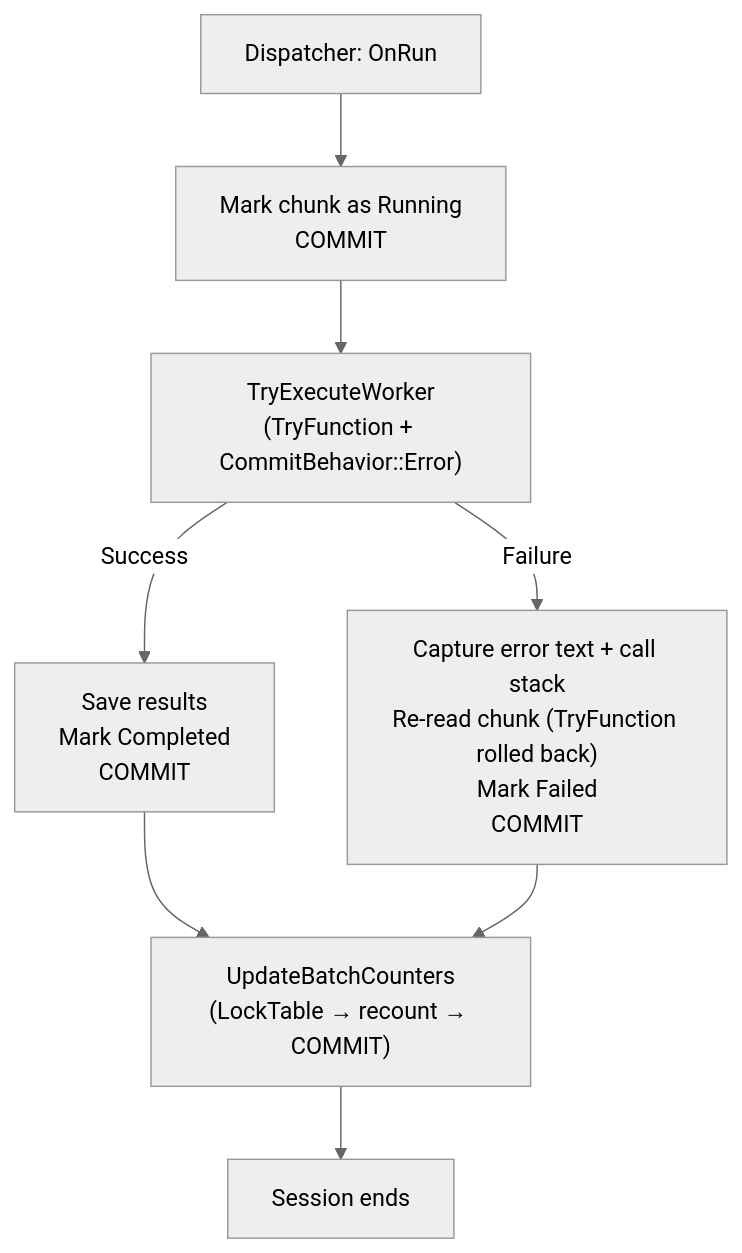
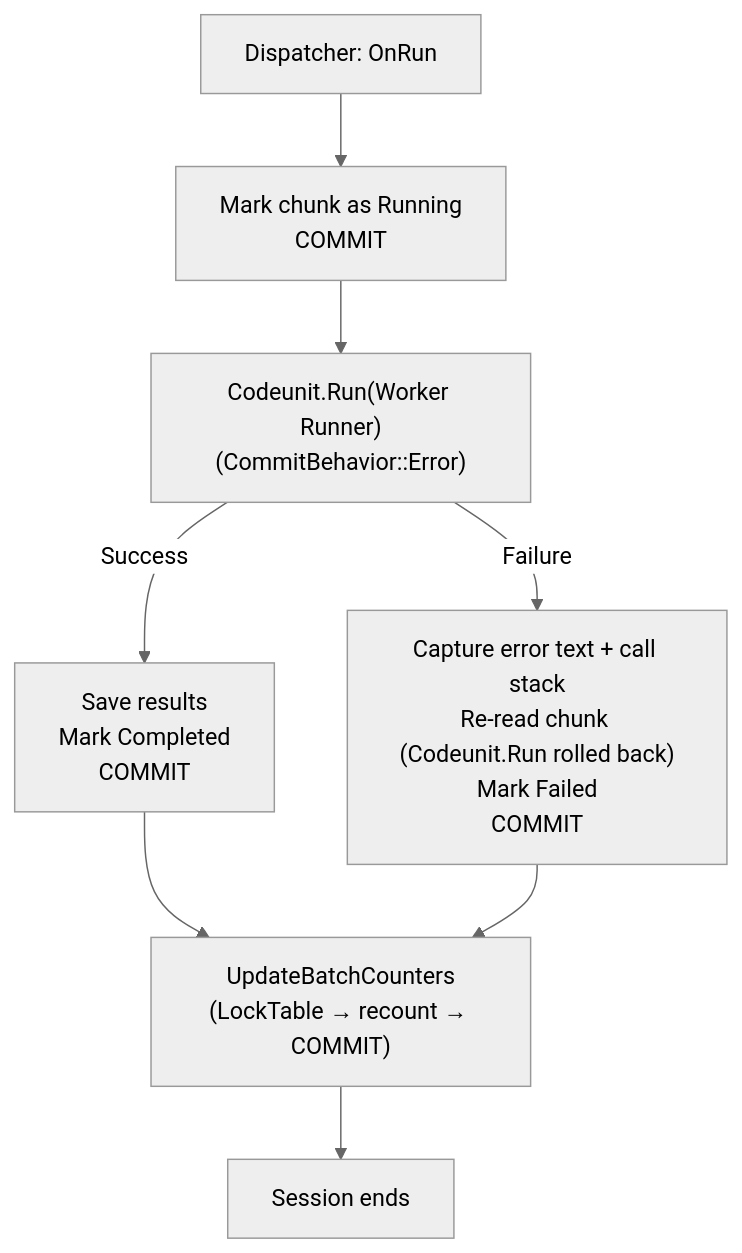
The third of 3 diagrams in README.md (Drakonian/parallel-worker-bc), drawn with Mermaid (neutral theme) before and after one commit. The commit also changed other lines of this file and 6 other files, not shown here.

Commit message:
Fix sleep before first poll check Fix possible crash on missing batch Fix typo with cardPageId Rename GeteEndIndex to more clear name GetChunkSize Re-read record on error branch Remove history file Update readme

````diff
--- a/README.md
+++ b/README.md
@@ -382,10 +382,10 @@
 ```mermaid
 flowchart TD
     Start["Dispatcher: OnRun"] --> Claim["Mark chunk as Running<br/>COMMIT"]
-    Claim --> Try["TryExecuteWorker<br/>(TryFunction + CommitBehavior::Error)"]
+    Claim --> Try["Codeunit.Run(Worker Runner)<br/>(CommitBehavior::Error)"]
     Try -->|Success| Save["Save results<br/>Mark Completed<br/>COMMIT"]
-    Try -->|Failure| Capture["Capture error text + call stack<br/>Re-read chunk (TryFunction rolled back)<br/>Mark Failed<br/>COMMIT"]
+    Try -->|Failure| Capture["Capture error text + call stack<br/>Re-read chunk (Codeunit.Run rolled back)<br/>Mark Failed<br/>COMMIT"]
     Save --> Update["UpdateBatchCounters<br/>(LockTable → recount → COMMIT)"]
     Capture --> Update
     Update --> Done["Session ends"]
 ```
````
